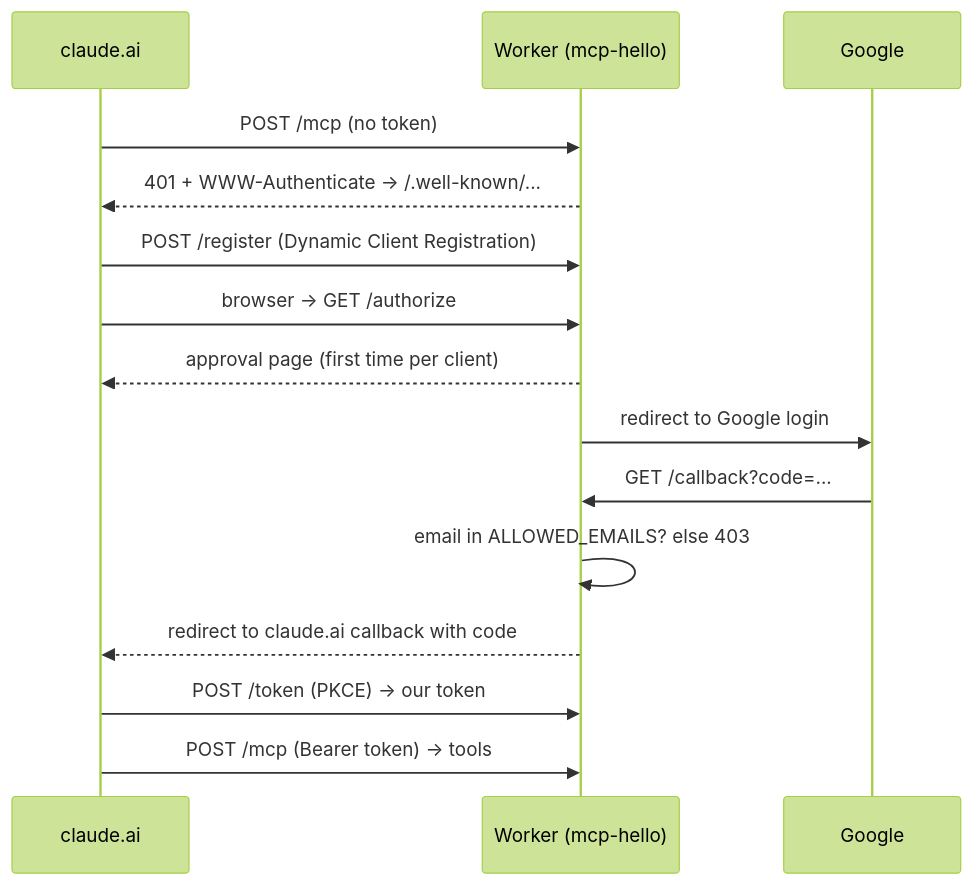
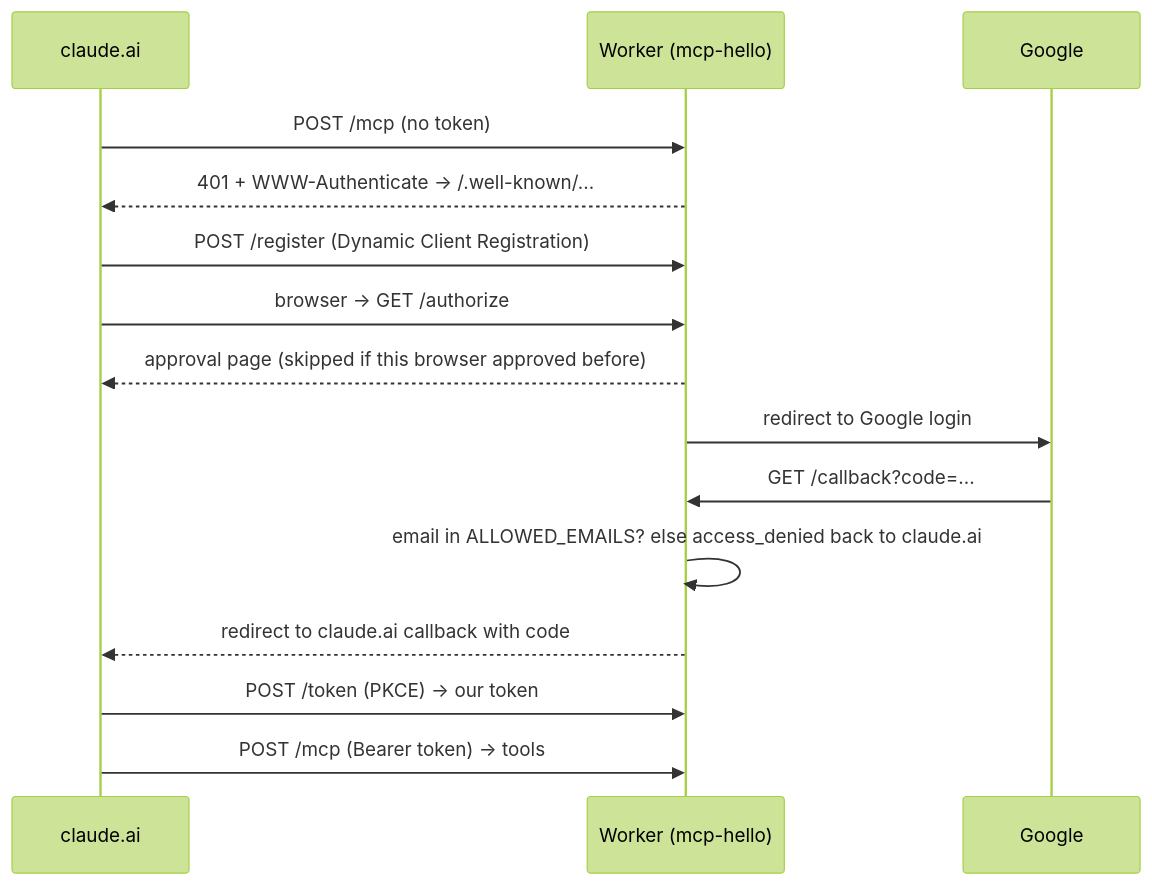
The diagram in README.md (duke8585/remote-mcp-template), drawn with Mermaid (forest theme) before and after one commit. The commit also changed other lines of this file and 13 other files, not shown here.

````diff
--- a/README.md
+++ b/README.md
@@ -28,17 +28,17 @@
 ```mermaid
 sequenceDiagram
     participant C as claude.ai
     participant W as Worker (mcp-hello)
     participant G as Google
     C->>W: POST /mcp (no token)
     W-->>C: 401 + WWW-Authenticate -> /.well-known/...
     C->>W: POST /register (Dynamic Client Registration)
     C->>W: browser -> GET /authorize
-    W-->>C: approval page (first time per client)
+    W-->>C: approval page (skipped if this browser approved before)
     W->>G: redirect to Google login
     G->>W: GET /callback?code=...
-    W->>W: email in ALLOWED_EMAILS? else 403
+    W->>W: email in ALLOWED_EMAILS? else access_denied back to claude.ai
     W-->>C: redirect to claude.ai callback with code
     C->>W: POST /token (PKCE) -> our token
     C->>W: POST /mcp (Bearer token) -> tools
 ```
````
